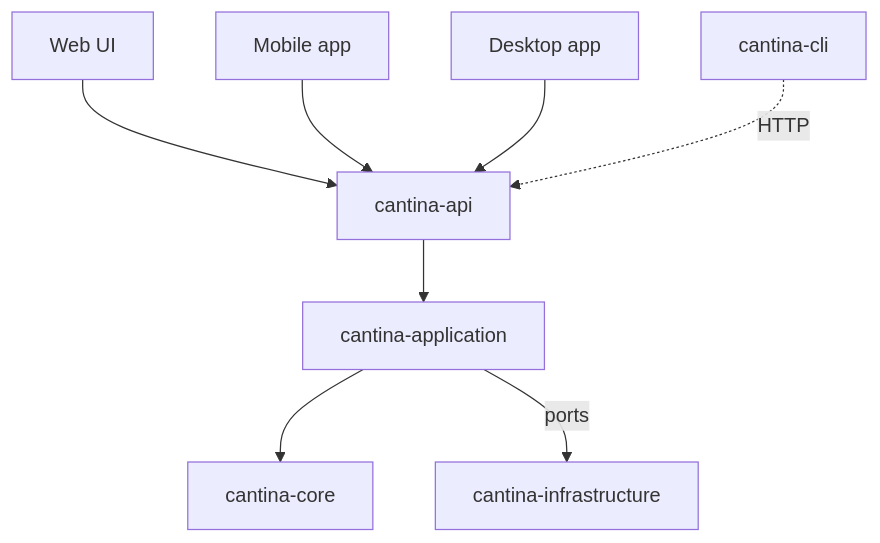
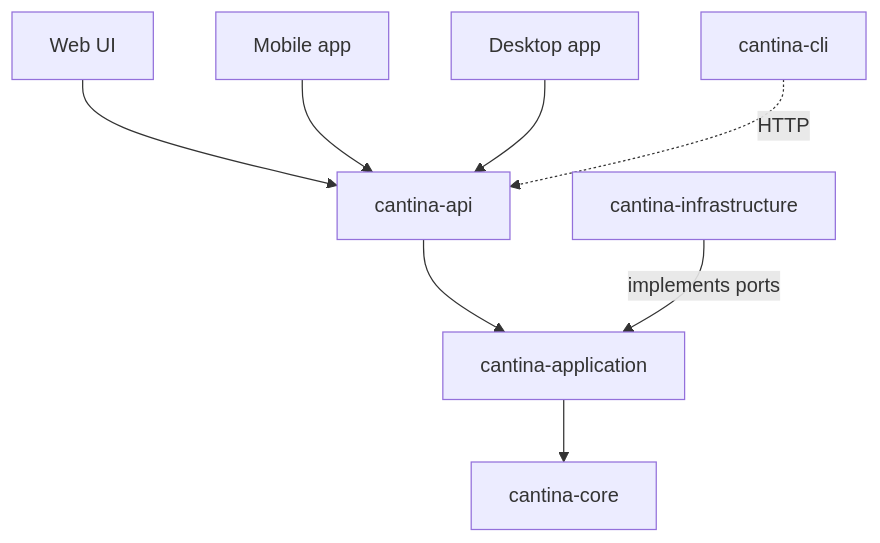
The fourth of 4 diagrams in docs/architecture/backend.md (agonyG4/CantinaSesi), drawn with Mermaid before and after one commit. The commit also changed 17 other files, not shown here.

````diff
--- a/docs/architecture/backend.md
+++ b/docs/architecture/backend.md
@@ -187,10 +187,10 @@
 ```mermaid
 graph TD
     UI["Web UI"] --> API["cantina-api"]
     MOB["Mobile app"] --> API
     DESK["Desktop app"] --> API
     CLI["cantina-cli"] -. "HTTP" .-> API
     API --> APP["cantina-application"]
     APP --> CORE["cantina-core"]
-    APP -->|ports| INFRA["cantina-infrastructure"]
+    INFRA["cantina-infrastructure"] -->|"implements ports"| APP
 ```
````
